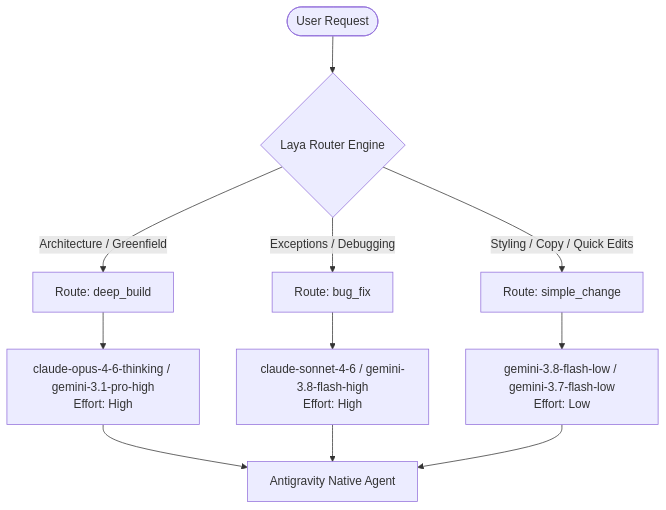
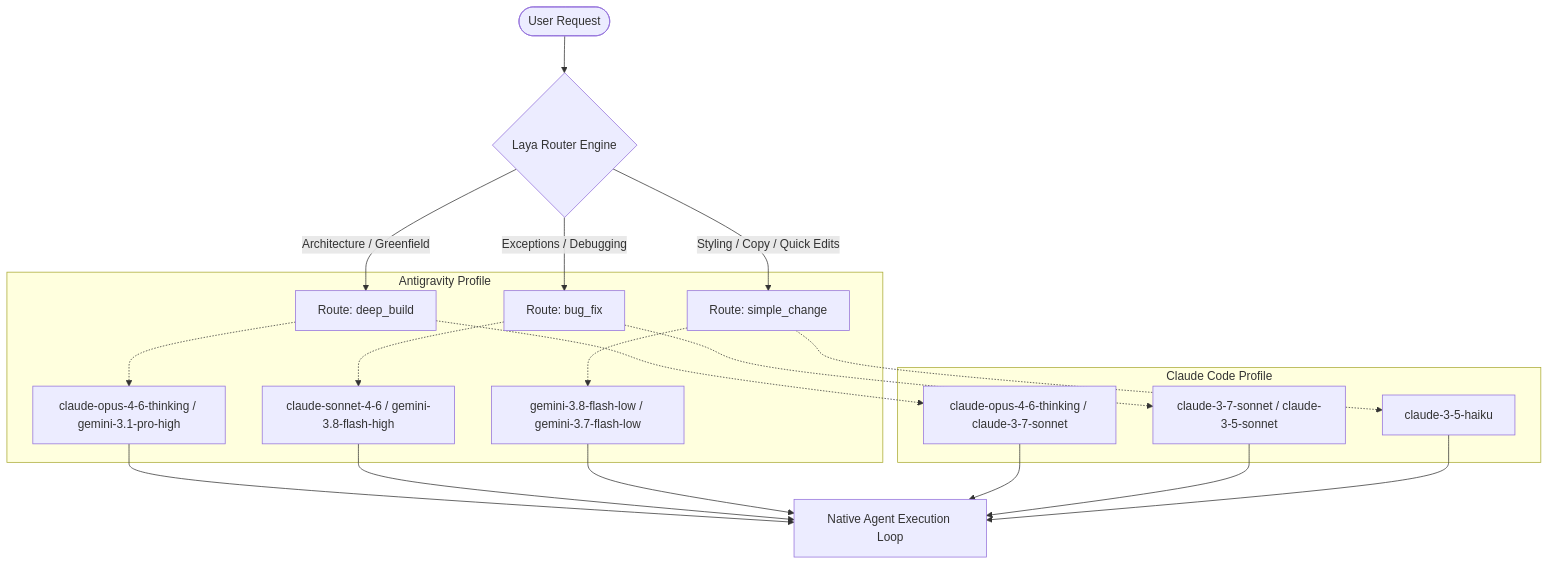
Before and after one commit to theo-odore/laya-plugin: the diagram in README.md, drawn with Mermaid. The commit also changed other lines of this file and 10 other files, not shown here.

Commit message:
docs: generalize to multi-agent support (Antigravity, Claude Code, and custom agents)

````diff
--- a/README.md
+++ b/README.md
@@ -45,16 +46,27 @@
 ```mermaid
 flowchart TD
     UserReq([User Request]) --> RouterDecision{Laya Router Engine}
     
     RouterDecision -->|Architecture / Greenfield| DeepRoute[Route: deep_build]
     RouterDecision -->|Exceptions / Debugging| BugRoute[Route: bug_fix]
     RouterDecision -->|Styling / Copy / Quick Edits| SimpleRoute[Route: simple_change]
     
-    DeepRoute --> OpusModel[claude-opus-4-6-thinking / gemini-3.1-pro-high<br>Effort: High]
-    BugRoute --> SonnetModel[claude-sonnet-4-6 / gemini-3.8-flash-high<br>Effort: High]
-    SimpleRoute --> FlashModel[gemini-3.8-flash-low / gemini-3.7-flash-low<br>Effort: Low]
+    subgraph Antigravity Profile
+        DeepRoute -.-> AgyDeep[claude-opus-4-6-thinking / gemini-3.1-pro-high]
+        BugRoute -.-> AgyBug[claude-sonnet-4-6 / gemini-3.8-flash-high]
+        SimpleRoute -.-> AgySimple[gemini-3.8-flash-low / gemini-3.7-flash-low]
+    end
     
-    OpusModel --> AgentLoop[Antigravity Native Agent]
-    SonnetModel --> AgentLoop
-    FlashModel --> AgentLoop
+    subgraph Claude Code Profile
+        DeepRoute -.-> CCDeep[claude-opus-4-6-thinking / claude-3-7-sonnet]
+        BugRoute -.-> CCBug[claude-3-7-sonnet / claude-3-5-sonnet]
+        SimpleRoute -.-> CCSimple[claude-3-5-haiku]
+    end
+    
+    AgyDeep --> AgentLoop[Native Agent Execution Loop]
+    AgyBug --> AgentLoop
+    AgySimple --> AgentLoop
+    CCDeep --> AgentLoop
+    CCBug --> AgentLoop
+    CCSimple --> AgentLoop
 ```
````
